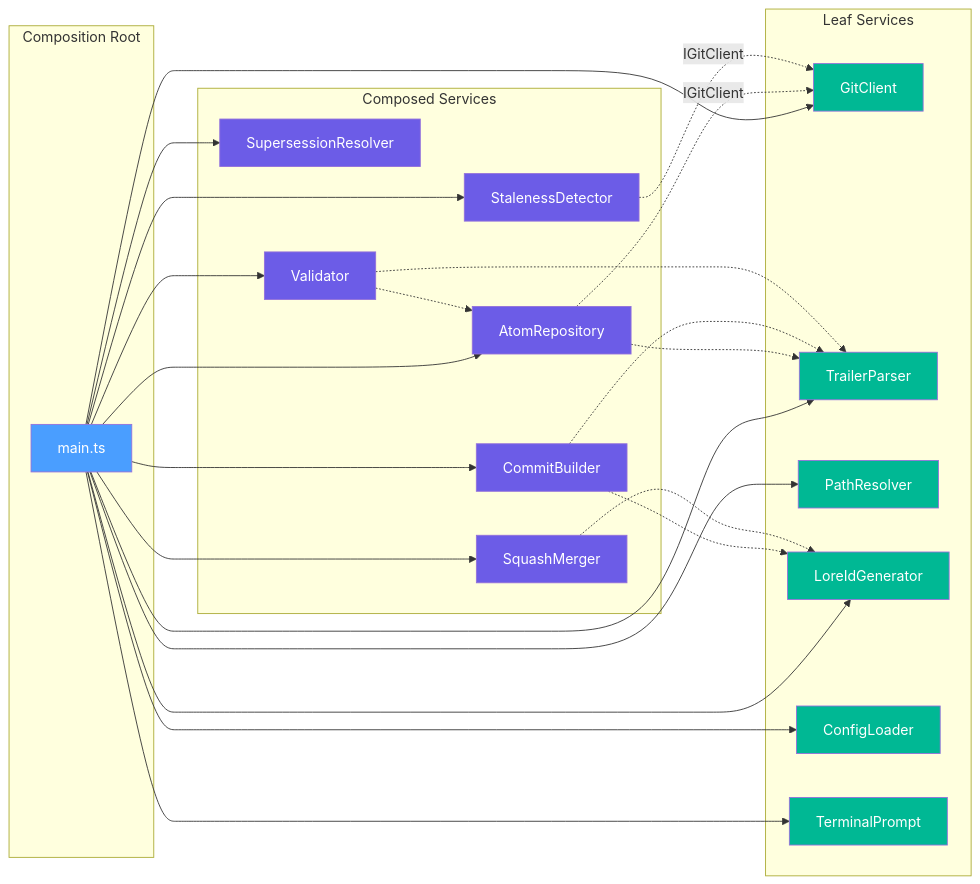
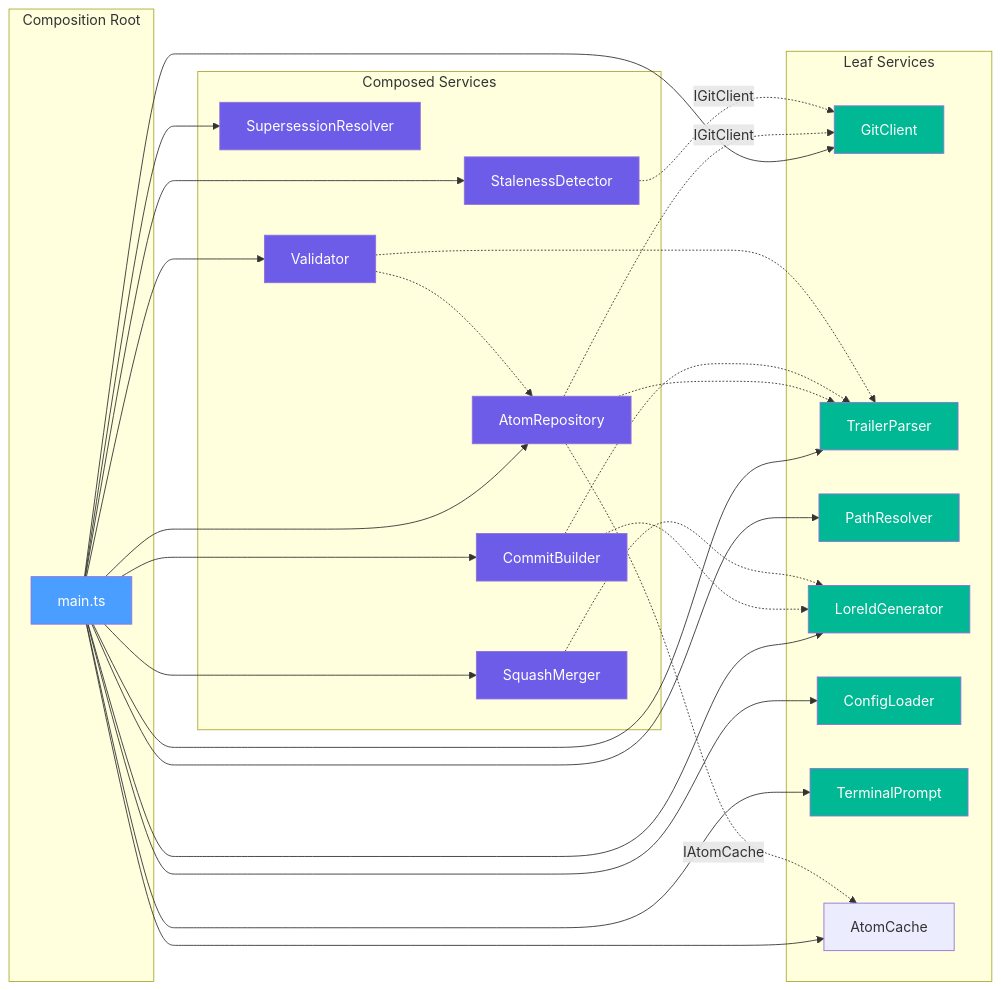
One commit to Ian-stetsenko/lore-protocol changed the second of 7 diagrams in documents/PROJECT_ARCHITECTURE.md. Above: the diagram before and after it, drawn with Mermaid. The commit also changed other lines of this file and 11 other files, not shown here.

````diff
--- a/documents/PROJECT_ARCHITECTURE.md
+++ b/documents/PROJECT_ARCHITECTURE.md
@@ -587,61 +606,64 @@
 ```mermaid
 graph LR
     subgraph Composition Root
         MAIN[main.ts]
     end
 
     subgraph Leaf Services
         GC[GitClient]
         TP[TrailerParser]
         PR[PathResolver]
         LIG[LoreIdGenerator]
         CL[ConfigLoader]
         TMP[TerminalPrompt]
+        AC[AtomCache]
     end
 
     subgraph Composed Services
         AR[AtomRepository]
         SR[SupersessionResolver]
         SD[StalenessDetector]
         CB[CommitBuilder]
         SM[SquashMerger]
         VL[Validator]
     end
 
     MAIN --> GC
     MAIN --> TP
     MAIN --> PR
     MAIN --> LIG
     MAIN --> CL
     MAIN --> TMP
+    MAIN --> AC
 
     MAIN --> AR
     MAIN --> SR
     MAIN --> SD
     MAIN --> CB
     MAIN --> SM
     MAIN --> VL
 
     AR -.->|IGitClient| GC
     AR -.-> TP
+    AR -.->|IAtomCache| AC
     SD -.->|IGitClient| GC
     CB -.-> TP
     CB -.-> LIG
     SM -.-> LIG
     VL -.-> TP
     VL -.-> AR
 
     style MAIN fill:#4a9eff,color:#fff
     style GC fill:#00b894,color:#fff
     style TP fill:#00b894,color:#fff
     style PR fill:#00b894,color:#fff
     style LIG fill:#00b894,color:#fff
     style CL fill:#00b894,color:#fff
     style TMP fill:#00b894,color:#fff
     style AR fill:#6c5ce7,color:#fff
     style SR fill:#6c5ce7,color:#fff
     style SD fill:#6c5ce7,color:#fff
     style CB fill:#6c5ce7,color:#fff
     style SM fill:#6c5ce7,color:#fff
     style VL fill:#6c5ce7,color:#fff
 ```
````
